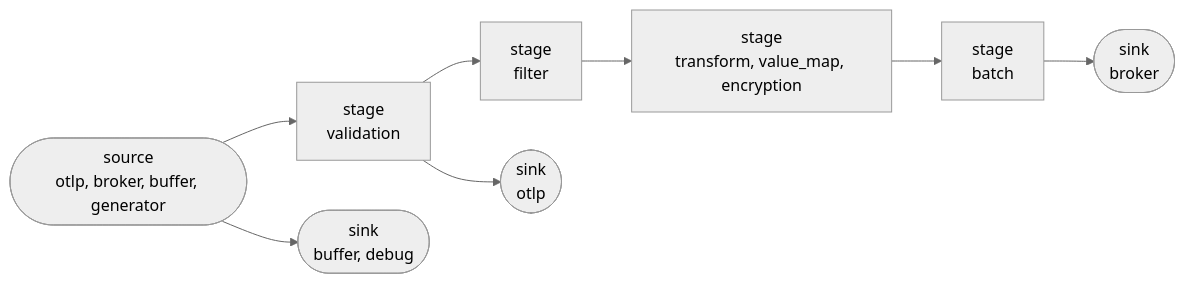
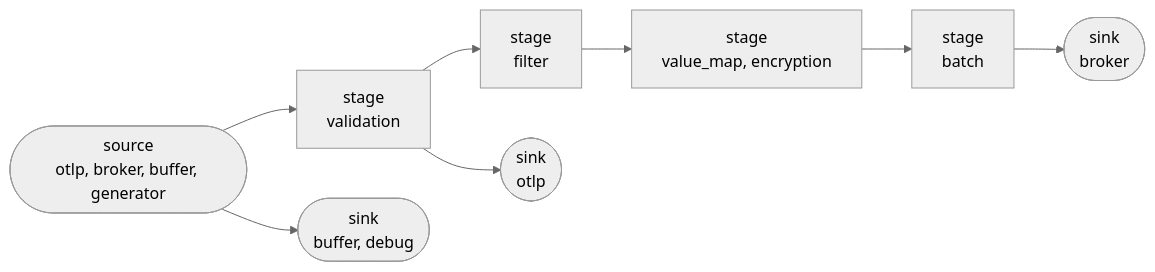
One commit to go-tram/tram changed the first of 3 diagrams in COMPONENTS.md. Above: the diagram before and after it, drawn with Mermaid (neutral theme). The commit also changed other lines of this file, not shown here.

````diff
--- a/COMPONENTS.md
+++ b/COMPONENTS.md
@@ -9,7 +9,7 @@
 ```mermaid
 flowchart LR
     src(["source<br/>otlp, broker, buffer, generator"]) --> s1["stage<br/>validation"]
-    s1 --> s2["stage<br/>filter"] --> s3["stage<br/>transform, value_map, encryption"] --> s4["stage<br/>batch"] --> k1(["sink<br/>broker"])
+    s1 --> s2["stage<br/>filter"] --> s3["stage<br/>value_map, encryption"] --> s4["stage<br/>batch"] --> k1(["sink<br/>broker"])
     s1 --> k2(["sink<br/>otlp"])
     src --> k3(["sink<br/>buffer, debug"])
 ```
````
